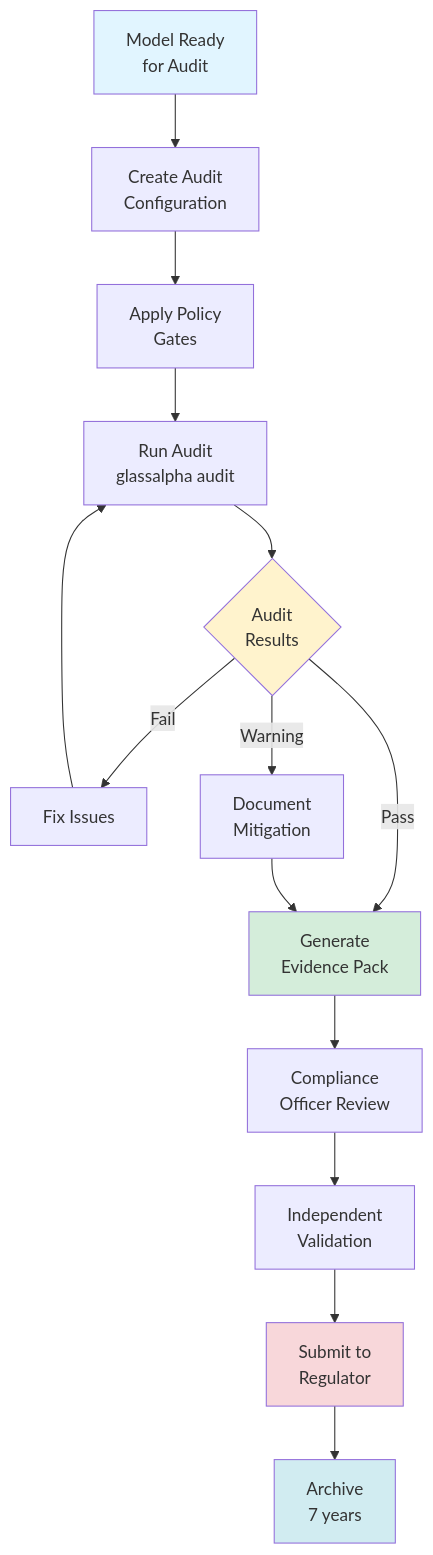
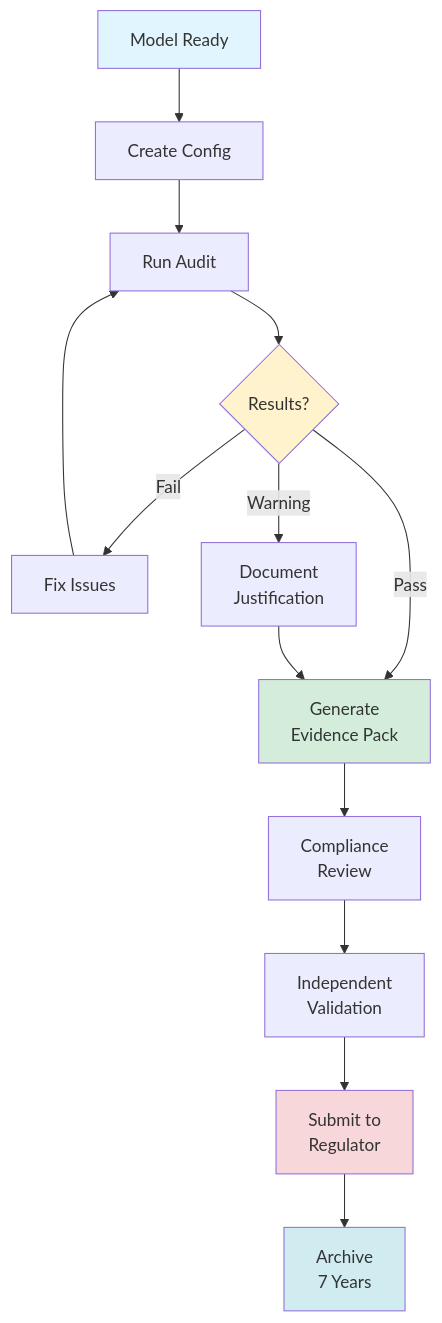
One commit to asibic/glassalpha changed the diagram in site/docs/compliance/index.md. Above: the diagram before and after it, drawn with Mermaid. The commit also changed 14 other files, not shown here.

````diff
--- a/site/docs/compliance/index.md
+++ b/site/docs/compliance/index.md
@@ -7,27 +7,26 @@
 ```mermaid
-graph TD
-    Start[Model Ready<br/>for Audit] --> Config[Create Audit<br/>Configuration]
-    Config --> Policy[Apply Policy<br/>Gates]
-    Policy --> Run[Run Audit<br/>glassalpha audit]
+graph TB
+    Start[Model Ready]
+    Start --> Config[Create Config]
+    Config --> Run[Run Audit]
 
-    Run --> Analysis{Audit<br/>Results}
+    Run --> Analysis{Results?}
 
     Analysis -->|Pass| Evidence[Generate<br/>Evidence Pack]
     Analysis -->|Fail| Remediate[Fix Issues]
-    Analysis -->|Warning| Document[Document<br/>Mitigation]
+    Analysis -->|Warning| Document[Document<br/>Justification]
 
     Remediate --> Run
     Document --> Evidence
 
-    Evidence --> Review[Compliance<br/>Officer Review]
+    Evidence --> Review[Compliance<br/>Review]
     Review --> Validate[Independent<br/>Validation]
-
     Validate --> Submit[Submit to<br/>Regulator]
-    Submit --> Archive[Archive<br/>7 years]
+    Submit --> Archive[Archive<br/>7 Years]
 
     style Start fill:#e1f5ff
     style Analysis fill:#fff3cd
     style Evidence fill:#d4edda
     style Submit fill:#f8d7da
     style Archive fill:#d1ecf1
 ```
````
